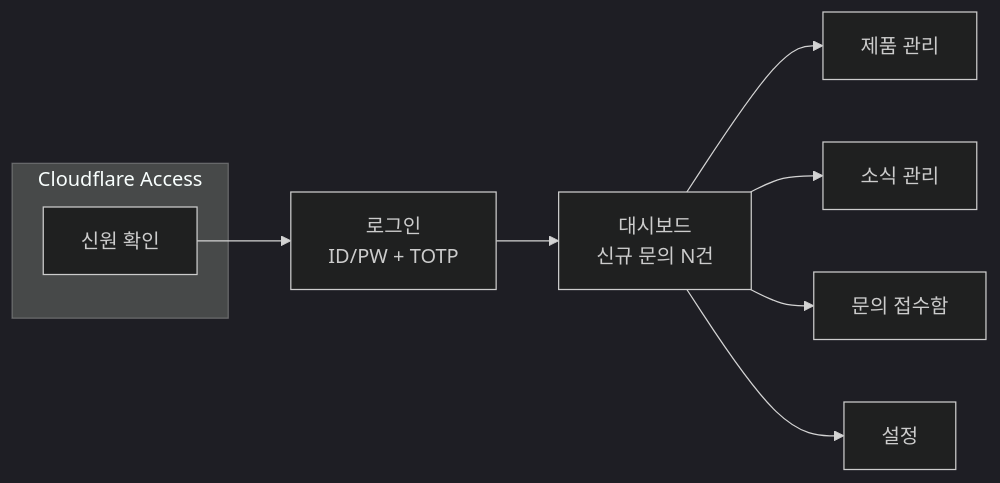
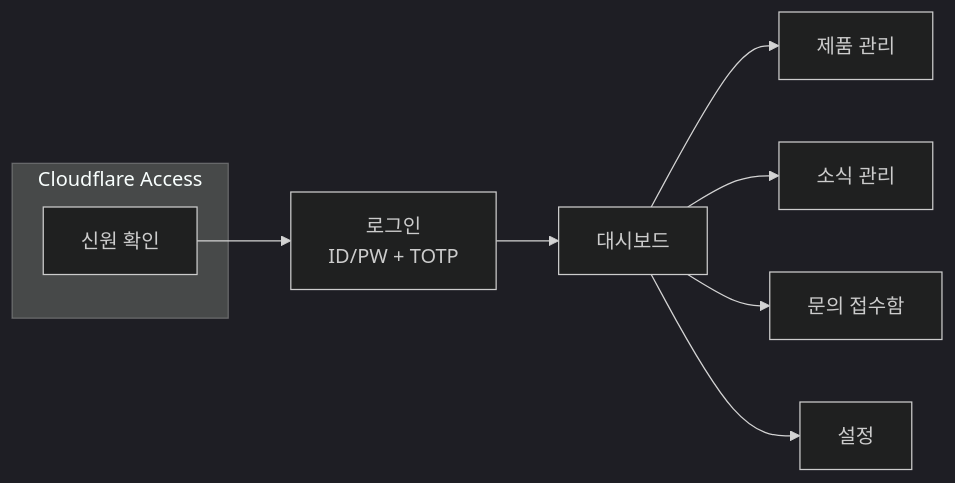
The fourth of 4 diagrams in docs/04-screens.md (gymleco/.github), drawn with Mermaid (dark theme) before and after one commit. The commit also changed other lines of this file and 11 other files, not shown here.

````diff
--- a/docs/04-screens.md
+++ b/docs/04-screens.md
@@ -178,12 +438,12 @@
 ```mermaid
 flowchart LR
     subgraph gate["Cloudflare Access"]
         G["신원 확인"]
     end
     G --> L["로그인<br/>ID/PW + TOTP"]
-    L --> D["대시보드<br/>신규 문의 N건"]
+    L --> D["대시보드"]
     D --> P["제품 관리"]
     D --> N["소식 관리"]
     D --> I["문의 접수함"]
     D --> S["설정"]
 ```
````
